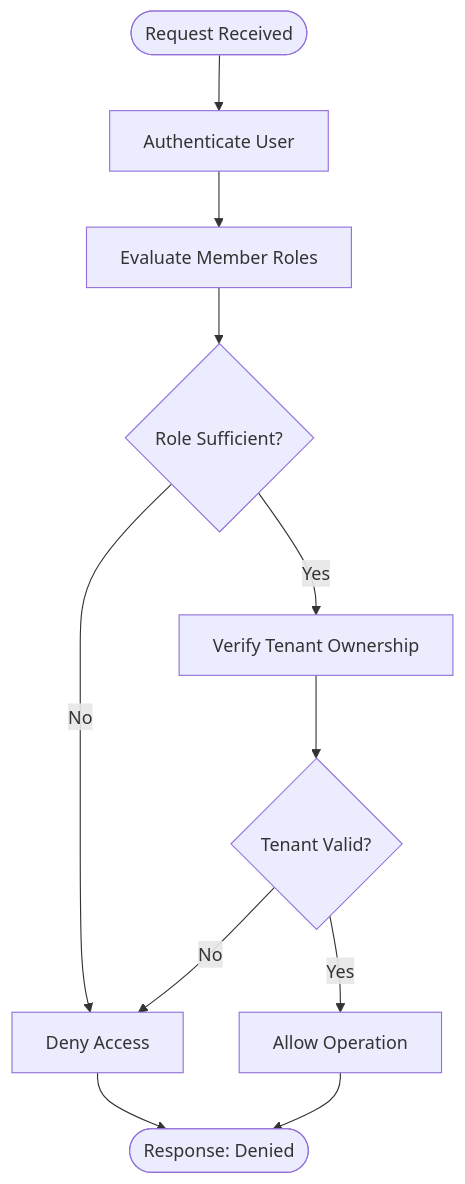
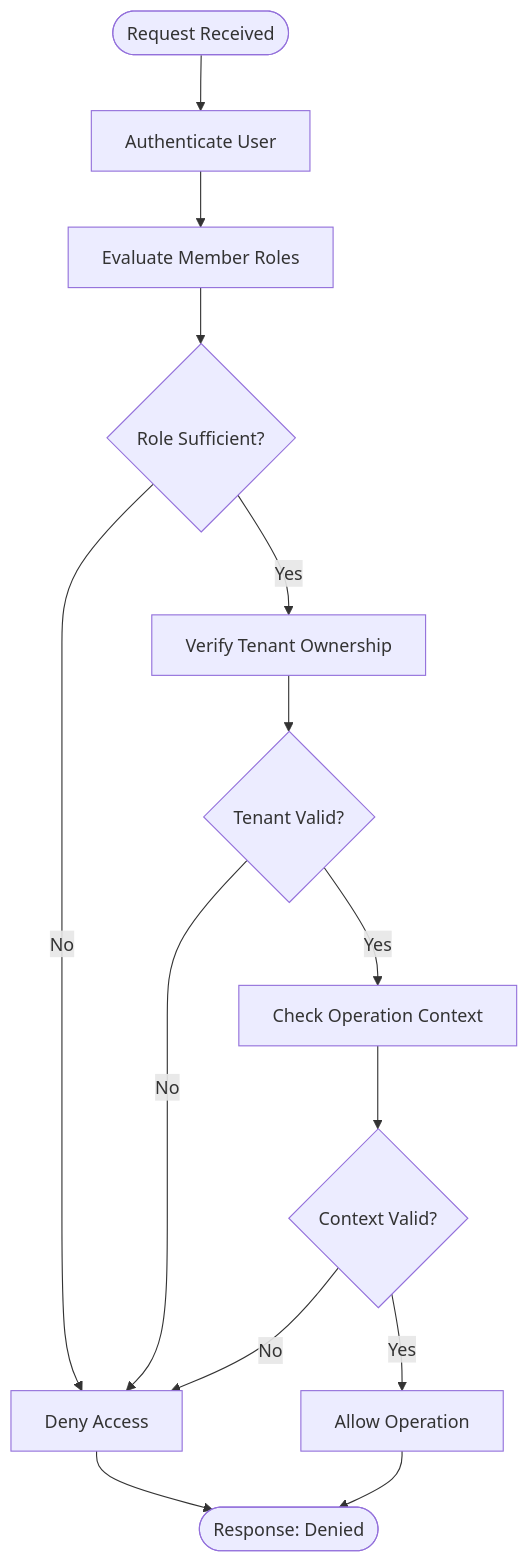
The fourth of 12 diagrams in .qoder/repowiki/en/content/Member Management/Member Management.md (raihom-netizen/com.gestaoyahwehios.app), drawn with Mermaid before and after one commit. The commit also changed other lines of this file and 161 other files, not shown here.

````diff
--- a/.qoder/repowiki/en/content/Member Management/Member Management.md
+++ b/.qoder/repowiki/en/content/Member Management/Member Management.md
@@ -214,13 +274,16 @@
 ```mermaid
 flowchart TD
 Start(["Request Received"]) --> CheckAuth["Authenticate User"]
 CheckAuth --> CheckRole["Evaluate Member Roles"]
 CheckRole --> RoleValid{"Role Sufficient?"}
 RoleValid --> |No| Deny["Deny Access"]
 RoleValid --> |Yes| CheckTenant["Verify Tenant Ownership"]
 CheckTenant --> TenantValid{"Tenant Valid?"}
 TenantValid --> |No| Deny
-TenantValid --> |Yes| Allow["Allow Operation"]
+TenantValid --> |Yes| CheckContext["Check Operation Context"]
+CheckContext --> ContextValid{"Context Valid?"}
+ContextValid --> |No| Deny
+ContextValid --> |Yes| Allow["Allow Operation"]
 Deny --> End(["Response: Denied"])
 Allow --> End
 ```
````
